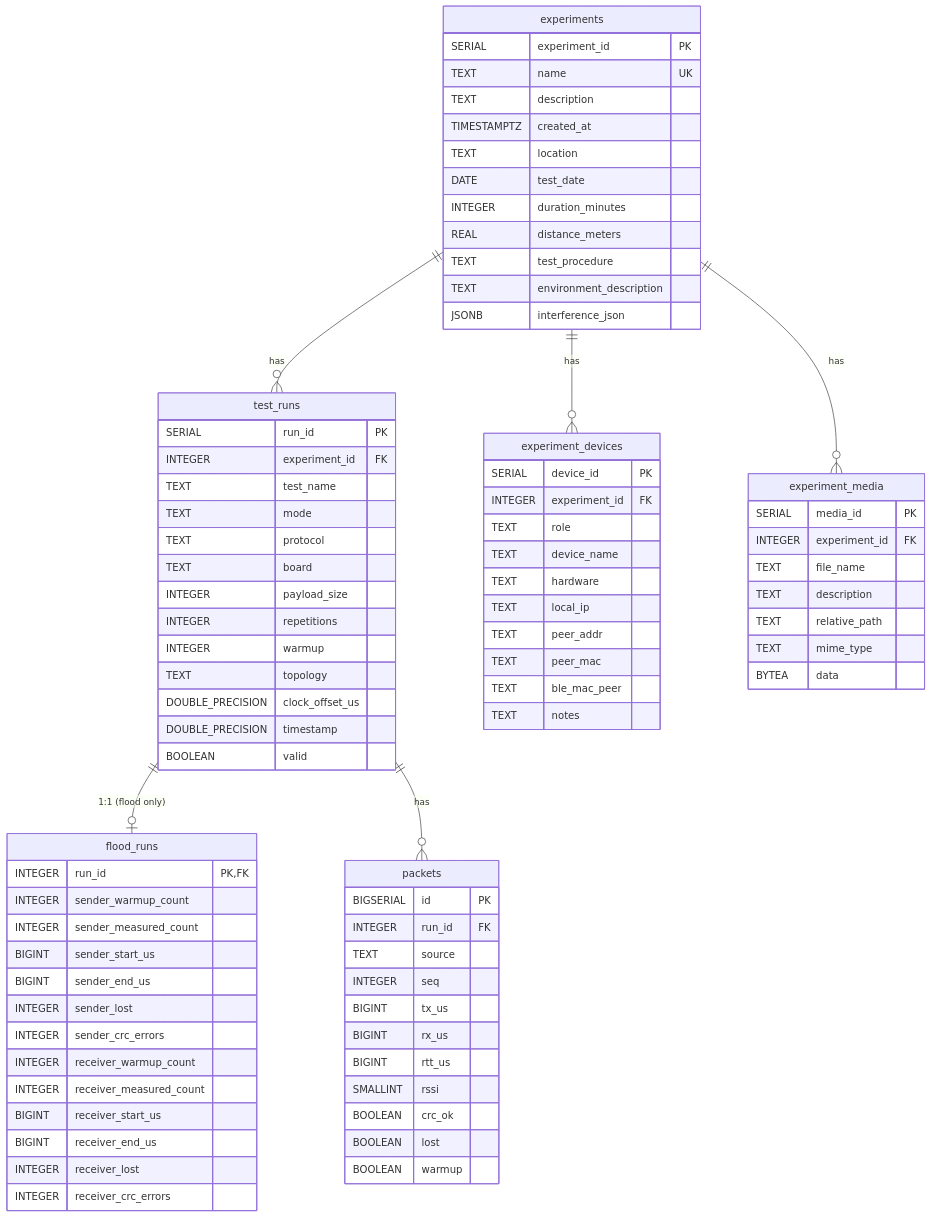
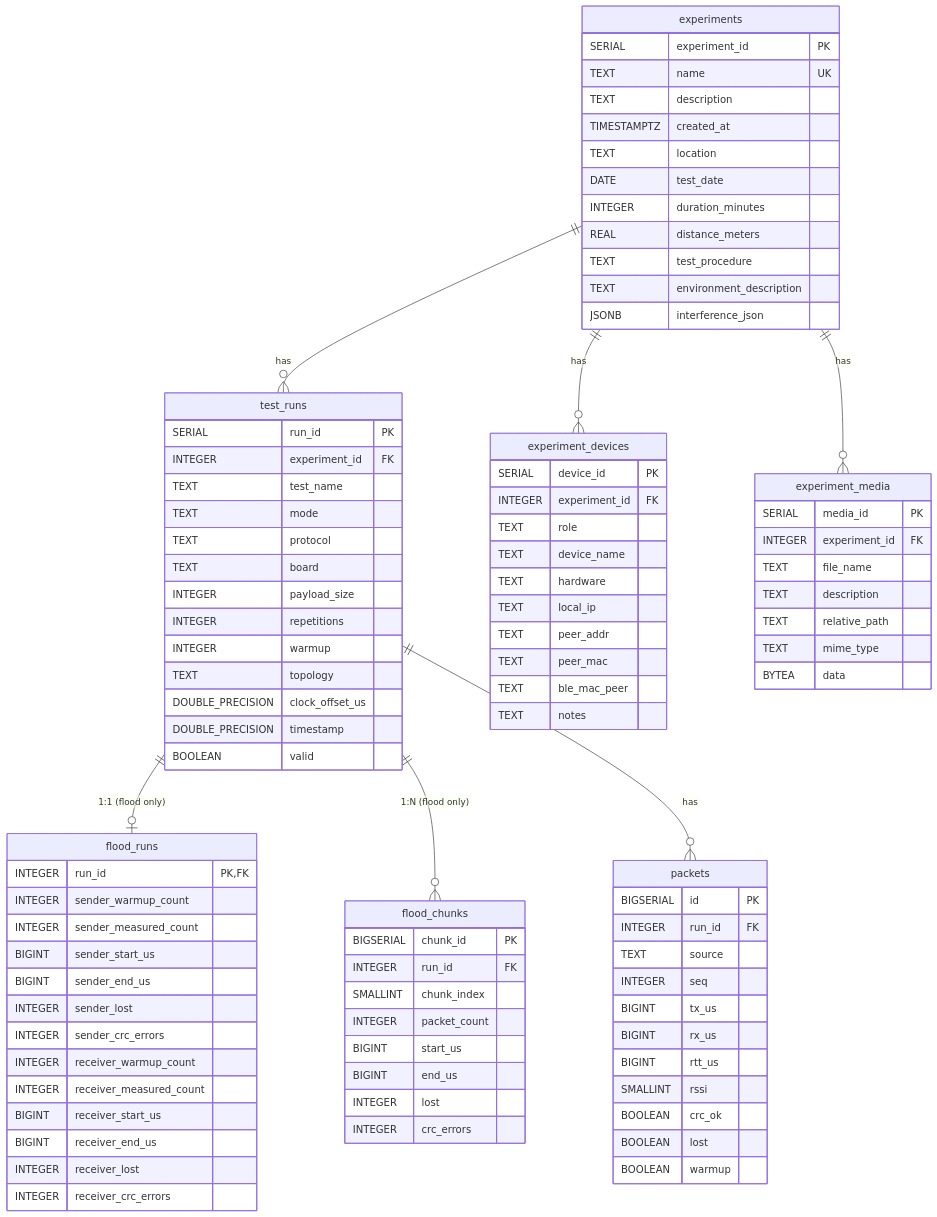
One commit to tratom/CPCBF changed the diagram in cpcbf/analysis/README.md. Above: the diagram before and after it, drawn with Mermaid. The commit also changed other lines of this file and 19 other files, not shown here.

```diff
--- a/cpcbf/analysis/README.md
+++ b/cpcbf/analysis/README.md
@@ -147,6 +147,7 @@
     experiments ||--o{ experiment_devices : has
     experiments ||--o{ experiment_media : has
     test_runs ||--o| flood_runs : "1:1 (flood only)"
+    test_runs ||--o{ flood_chunks : "1:N (flood only)"
     test_runs ||--o{ packets : has
 
     experiments {
@@ -195,6 +196,17 @@
         INTEGER receiver_crc_errors
     }
 
+    flood_chunks {
+        BIGSERIAL chunk_id PK
+        INTEGER run_id FK
+        SMALLINT chunk_index
+        INTEGER packet_count
+        BIGINT start_us
+        BIGINT end_us
+        INTEGER lost
+        INTEGER crc_errors
+    }
+
     packets {
         BIGSERIAL id PK
         INTEGER run_id FK
```
